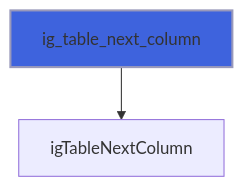
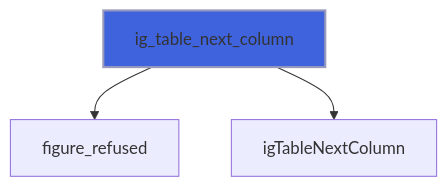
Diagram 13 of 26 in docs/api/src/lib/figure_group.md (szaghi/figure), drawn with Mermaid before and after one commit. The commit also changed other lines of this file and 10 other files, not shown here.

````diff
--- a/docs/api/src/lib/figure_group.md
+++ b/docs/api/src/lib/figure_group.md
@@ -319,5 +350,6 @@
 ```mermaid
 flowchart TD
+  ig_table_next_column["ig_table_next_column"] --> figure_refused["figure_refused"]
   ig_table_next_column["ig_table_next_column"] --> igTableNextColumn["igTableNextColumn"]
   style ig_table_next_column fill:#3e63dd,stroke:#99b,stroke-width:2px
 ```
````
